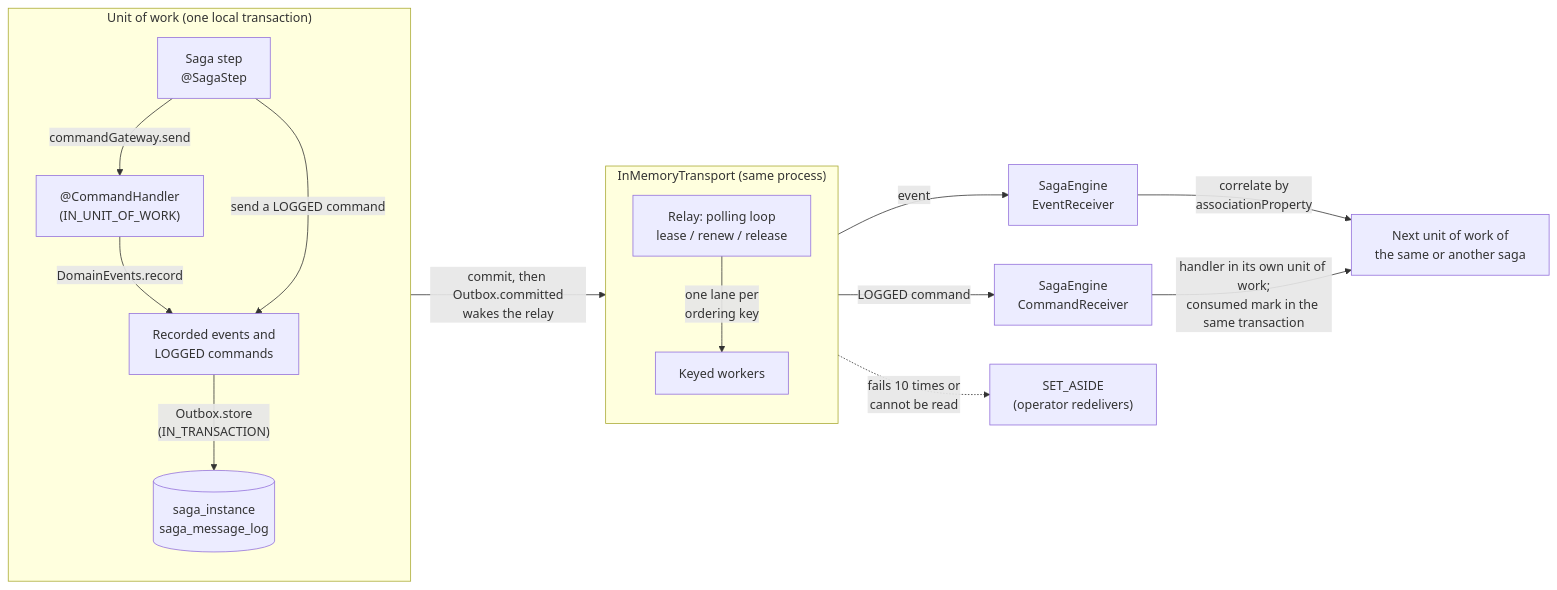
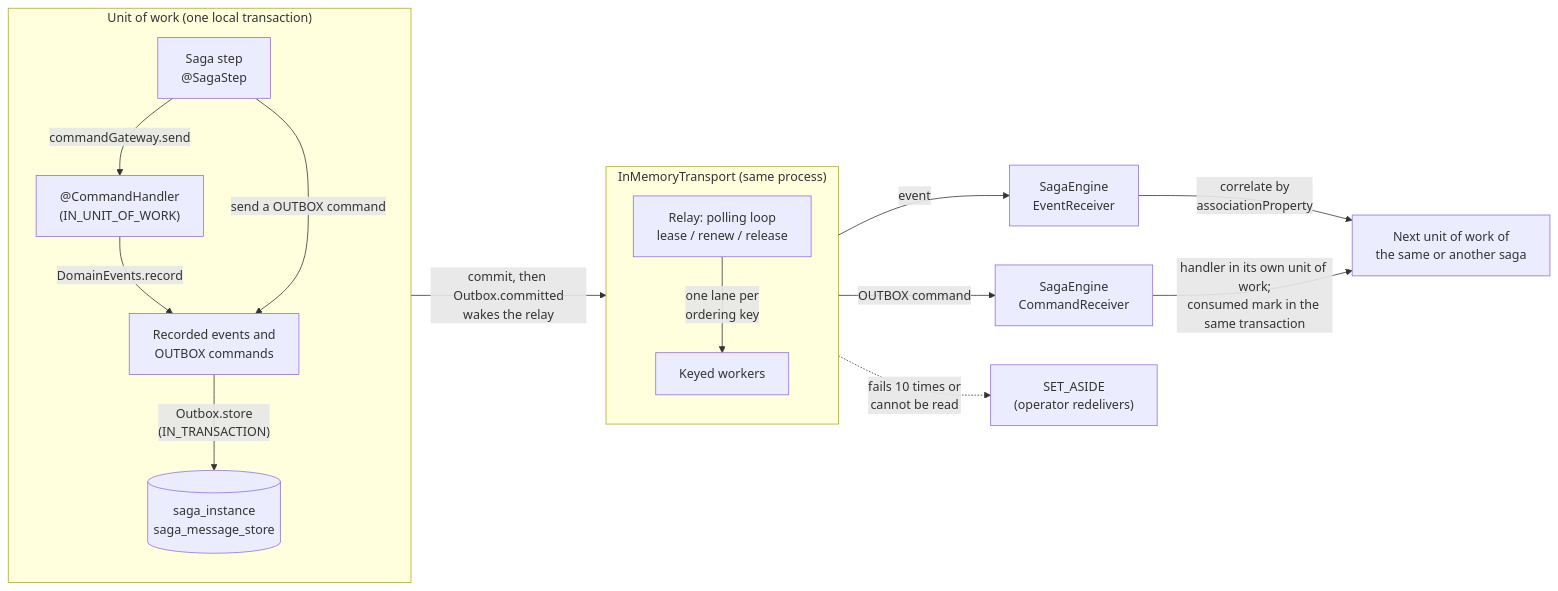
Before and after one commit to gkosharovdev/saga-forge: the first of 3 diagrams in docs/architecture.md, drawn with Mermaid. The commit also changed other lines of this file and 141 other files, not shown here.

First line of the commit message:
Rename MessageLog to MessageStore and LOGGED to OUTBOX (007-in-memory-transport)

````diff
--- a/docs/architecture.md
+++ b/docs/architecture.md
@@ -126,23 +126,23 @@
 ```mermaid
 flowchart LR
     subgraph UOW["Unit of work (one local transaction)"]
         direction TB
         STEP["Saga step<br/>@SagaStep"] -->|"commandGateway.send"| HANDLER["@CommandHandler<br/>(IN_UNIT_OF_WORK)"]
-        HANDLER -->|"DomainEvents.record"| BUFFER["Recorded events and<br/>LOGGED commands"]
-        STEP -->|"send a LOGGED command"| BUFFER
-        BUFFER -->|"Outbox.store<br/>(IN_TRANSACTION)"| WRITE[("saga_instance<br/>saga_message_log")]
+        HANDLER -->|"DomainEvents.record"| BUFFER["Recorded events and<br/>OUTBOX commands"]
+        STEP -->|"send a OUTBOX command"| BUFFER
+        BUFFER -->|"Outbox.store<br/>(IN_TRANSACTION)"| WRITE[("saga_instance<br/>saga_message_store")]
     end
 
     WRITE -->|"commit, then Outbox.committed<br/>wakes the relay"| RELAY
 
     subgraph TRANSPORT["InMemoryTransport (same process)"]
         direction TB
         RELAY["Relay: polling loop<br/>lease / renew / release"] -->|"one lane per<br/>ordering key"| WORKERS["Keyed workers"]
     end
 
     WORKERS -->|"event"| RECEIVER["SagaEngine<br/>EventReceiver"]
-    WORKERS -->|"LOGGED command"| CRECEIVER["SagaEngine<br/>CommandReceiver"]
+    WORKERS -->|"OUTBOX command"| CRECEIVER["SagaEngine<br/>CommandReceiver"]
     RECEIVER -->|"correlate by<br/>associationProperty"| NEXT["Next unit of work of<br/>the same or another saga"]
     CRECEIVER -->|"handler in its own unit of work;<br/>consumed mark in the same transaction"| NEXT
     WORKERS -.->|"fails 10 times or<br/>cannot be read"| ASIDE["SET_ASIDE<br/>(operator redelivers)"]
 ```
````
